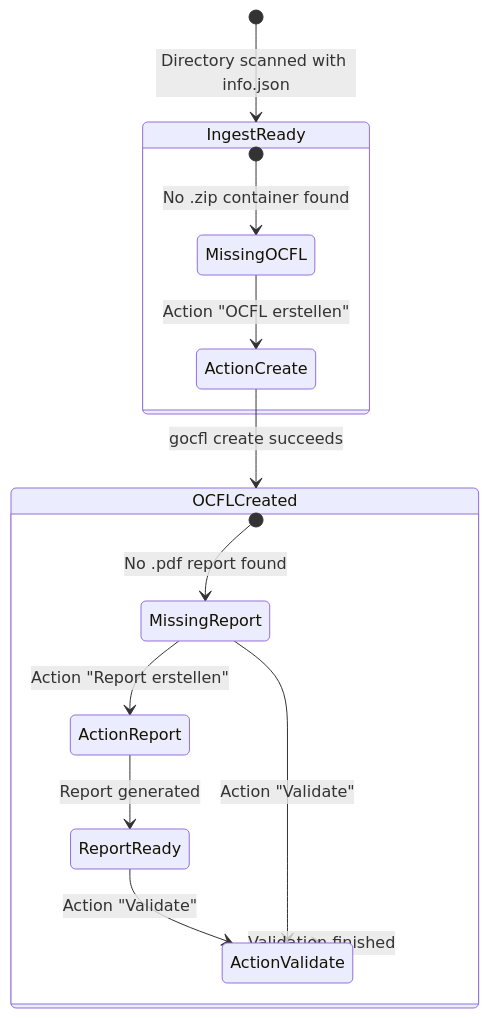
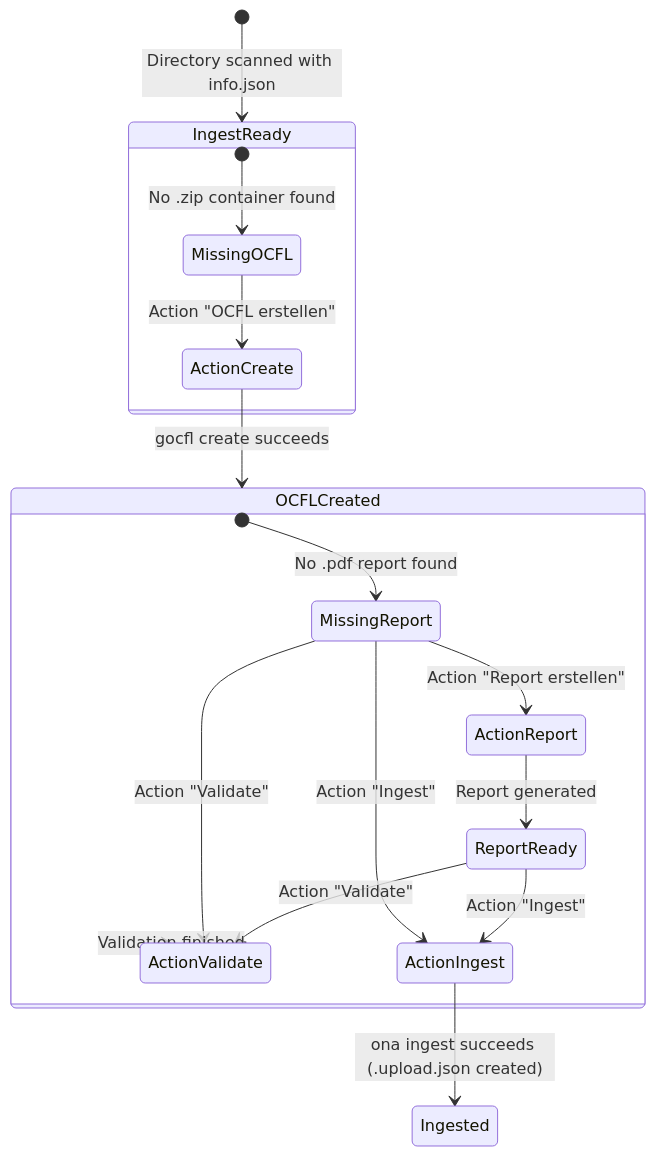
Before and after one commit to ocfl-archive/workbench: the second of 2 diagrams in docs/ARCHITECTURE.md, drawn with Mermaid. The commit also changed other lines of this file and 19 other files, not shown here.

Commit message:
Add "Ingest" action to UI, enable `.upload.json` creation, and extend configuration for `ona` integration

````diff
--- a/docs/ARCHITECTURE.md
+++ b/docs/ARCHITECTURE.md
@@ -51,21 +51,24 @@
 ```mermaid
 stateDiagram-v2
     [*] --> IngestReady: Directory scanned with info.json
     
     state IngestReady {
         [*] --> MissingOCFL: No .zip container found
         MissingOCFL --> ActionCreate: Action "OCFL erstellen"
     }
 
     ActionCreate --> OCFLCreated: gocfl create succeeds
     
     state OCFLCreated {
         [*] --> MissingReport: No .pdf report found
         MissingReport --> ActionReport: Action "Report erstellen"
         ActionReport --> ReportReady: Report generated
         ReportReady --> ActionValidate: Action "Validate"
         MissingReport --> ActionValidate: Action "Validate"
+        ReportReady --> ActionIngest: Action "Ingest"
+        MissingReport --> ActionIngest: Action "Ingest"
     }
 
     ActionValidate --> OCFLCreated: Validation finished
+    ActionIngest --> Ingested: ona ingest succeeds (.upload.json created)
 ```
````
